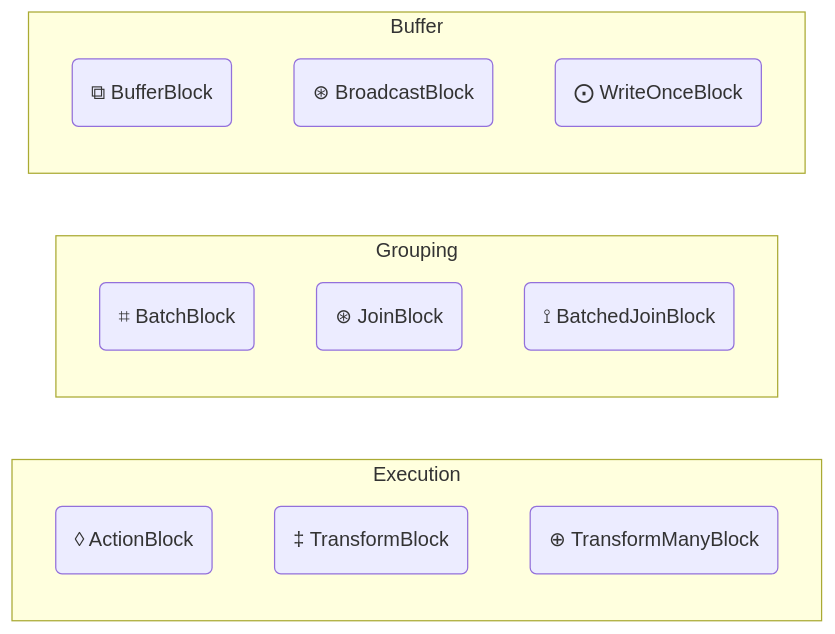
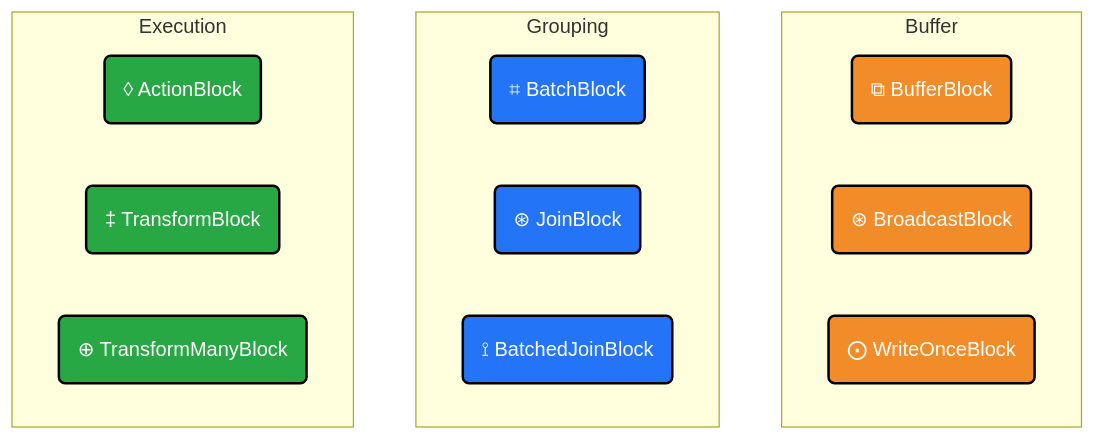
The diagram in BlockTypes.mmd (MartinRL/TplDataflow), drawn with Mermaid before and after one commit.

Commit message:
color by type

```diff
--- a/BlockTypes.mmd
+++ b/BlockTypes.mmd
@@ -1,21 +1,31 @@
-flowchart LR
-    subgraph Execution
+flowchart TB
+    
+    %% Colors %%
+    %% Rationale: Green is often associated with "action," "go," and "processing," which fits the nature of execution blocks that actively transform or process data.
+    classDef green fill:#28a745,stroke:#000,stroke-width:2px,color:#fff;
+    %% Rationale: Blue is often associated with "organization," "grouping," and "collective operations." It provides a calm, structural feel, appropriate for blocks that group or batch items.
+    classDef blue fill:#2374f7,stroke:#000,stroke-width:2px,color:#fff;
+    %% Rationale: Orange is often linked with "storage" or "holding" phases and is visually distinct. Buffer blocks temporarily store items before they are processed, so orange can indicate this intermediary state.
+    classDef orange fill:#f28c28,stroke:#000,stroke-width:2px,color:#fff;
+
+
+    subgraph Buffer
         %% direction TD
-        AB("◊ ActionBlock<T>")
-        TB("‡ TransformBlock<T, U>")
-        TMB("⊕ TransformManyBlock<TInput, TOutput>")
+        BB("⧉ BufferBlock<T>"):::orange
+        BrB("⊛ BroadcastBlock<T>"):::orange
+        WOB("⨀ WriteOnceBlock<T>"):::orange
     end
     
     subgraph Grouping
         %% direction TD
-        BaB("⌗ BatchBlock<T>")
-        JB("⊛ JoinBlock<T1, T2>")
-        BJB("⟟ BatchedJoinBlock<T1, T2>")
+        BaB("⌗ BatchBlock<T>"):::blue
+        JB("⊛ JoinBlock<T1, T2>"):::blue
+        BJB("⟟ BatchedJoinBlock<T1, T2>"):::blue
     end
-    
-    subgraph Buffer
+
+    subgraph Execution
         %% direction TD
-        BB("⧉ BufferBlock<T>")
-        BrB("⊛ BroadcastBlock<T>")
-        WOB("⨀ WriteOnceBlock<T>")
+        AB("◊ ActionBlock<T>"):::green
+        TB("‡ TransformBlock<T, U>"):::green
+        TMB("⊕ TransformManyBlock<TInput, TOutput>"):::green
     end
```
